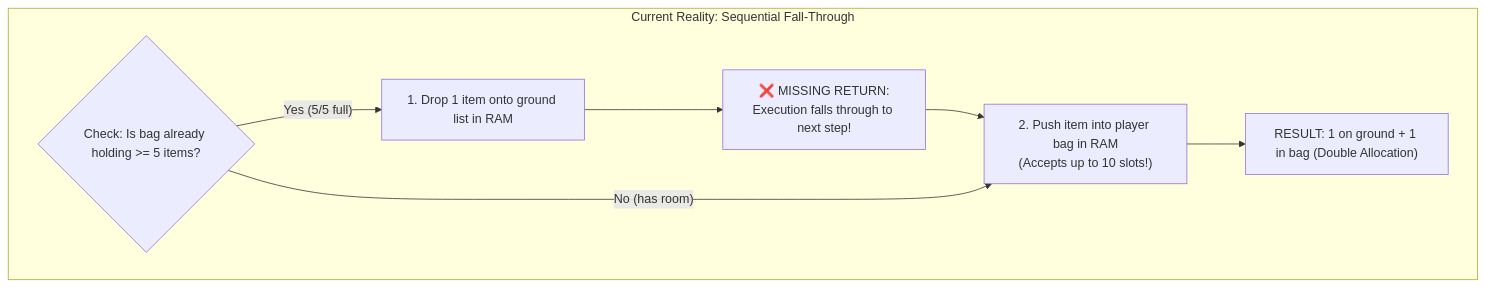
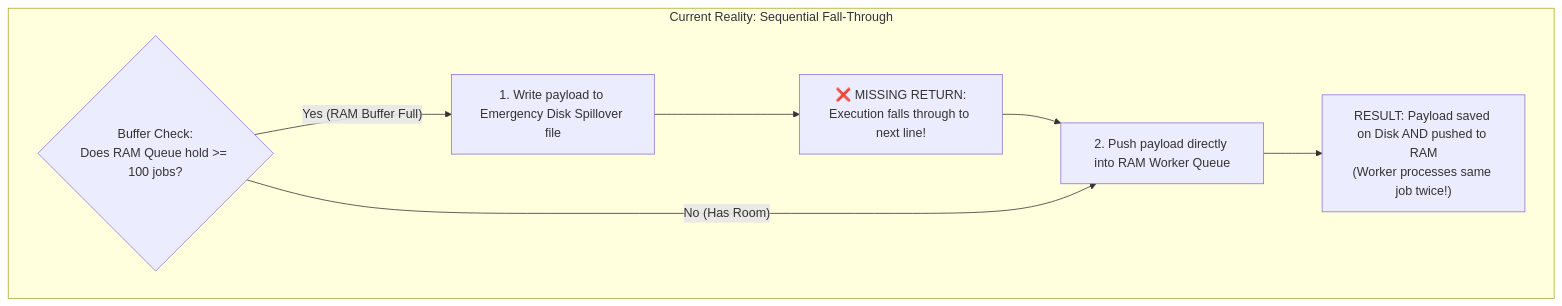
Before and after one commit to loerei/myskills: the fifth of 6 diagrams in productivity/your-co-engineer-for-this-jet-engine-is-an-infant/REFERENCE.md, drawn with Mermaid. The commit also changed other lines of this file, not shown here.

Commit message:
docs(jet-engine-infant): purge Vietnamese headers and generalize Mode D with background job queue

````diff
--- a/productivity/your-co-engineer-for-this-jet-engine-is-an-infant/REFERENCE.md
+++ b/productivity/your-co-engineer-for-this-jet-engine-is-an-infant/REFERENCE.md
@@ -165,13 +166,13 @@
 ```mermaid
 flowchart TD
-    subgraph BROKEN_SHOP["Current Reality: Sequential Fall-Through"]
-        CheckFull{"Check: Is bag already holding >= 5 items?"}
-        DropToGround["1. Drop 1 item onto ground list in RAM"]
-        FallThrough["❌ MISSING RETURN:<br/>Execution falls through to next step!"]
-        AddToBag["2. Push item into player bag in RAM<br/>(Accepts up to 10 slots!)"]
-        LeakResult["RESULT: 1 on ground + 1 in bag (Double Allocation)"]
+    subgraph BROKEN_INGEST["Current Reality: Sequential Fall-Through"]
+        CheckBuffer{"Buffer Check:<br/>Does RAM Queue hold >= 100 jobs?"}
+        SpillToDisk["1. Write payload to Emergency Disk Spillover file"]
+        FallThrough["❌ MISSING RETURN:<br/>Execution falls through to next line!"]
+        PushToRAM["2. Push payload directly into RAM Worker Queue"]
+        DuplicateResult["RESULT: Payload saved on Disk AND pushed to RAM<br/>(Worker processes same job twice!)"]
 
-        CheckFull -->|"Yes (5/5 full)"| DropToGround --> FallThrough --> AddToBag --> LeakResult
-        CheckFull -->|"No (has room)"| AddToBag
+        CheckBuffer -->|"Yes (RAM Buffer Full)"| SpillToDisk --> FallThrough --> PushToRAM --> DuplicateResult
+        CheckBuffer -->|"No (Has Room)"| PushToRAM
     end
 ```
````
